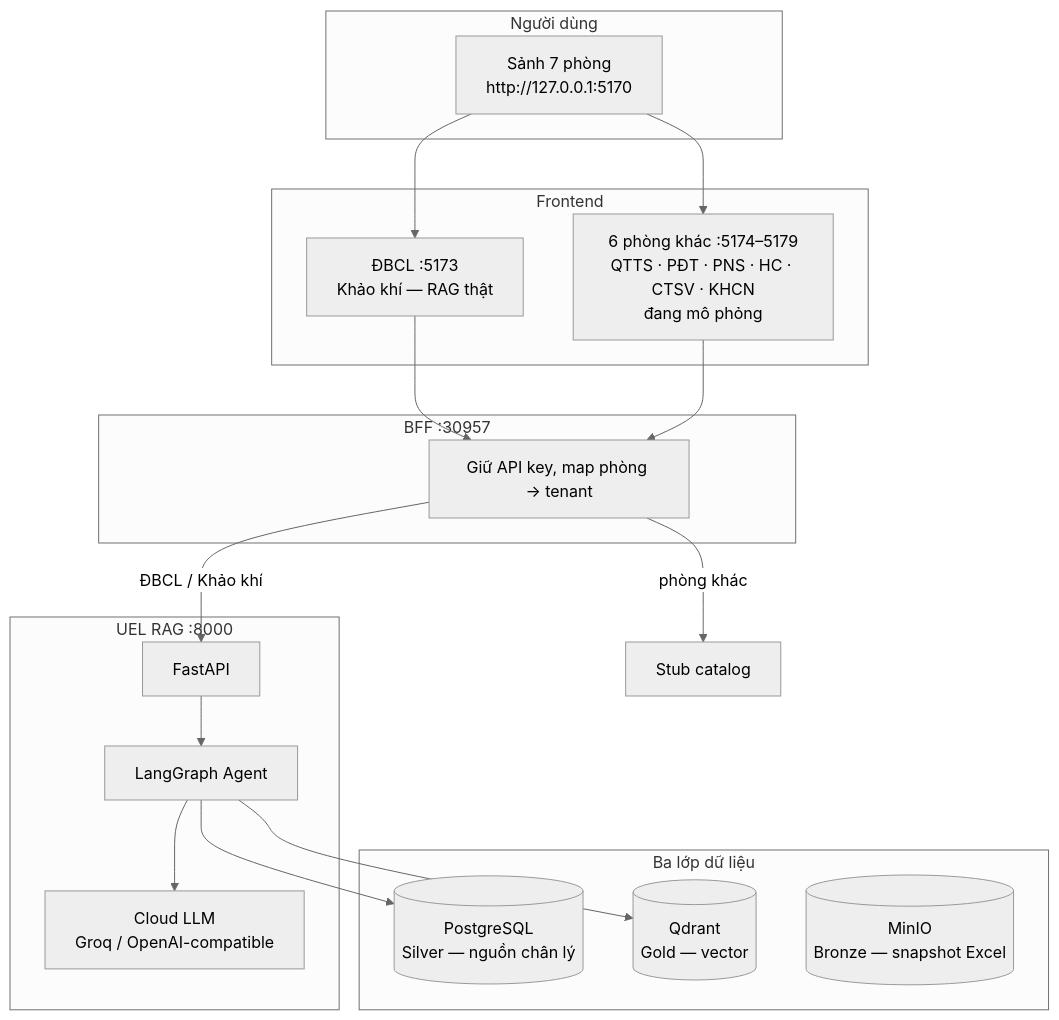
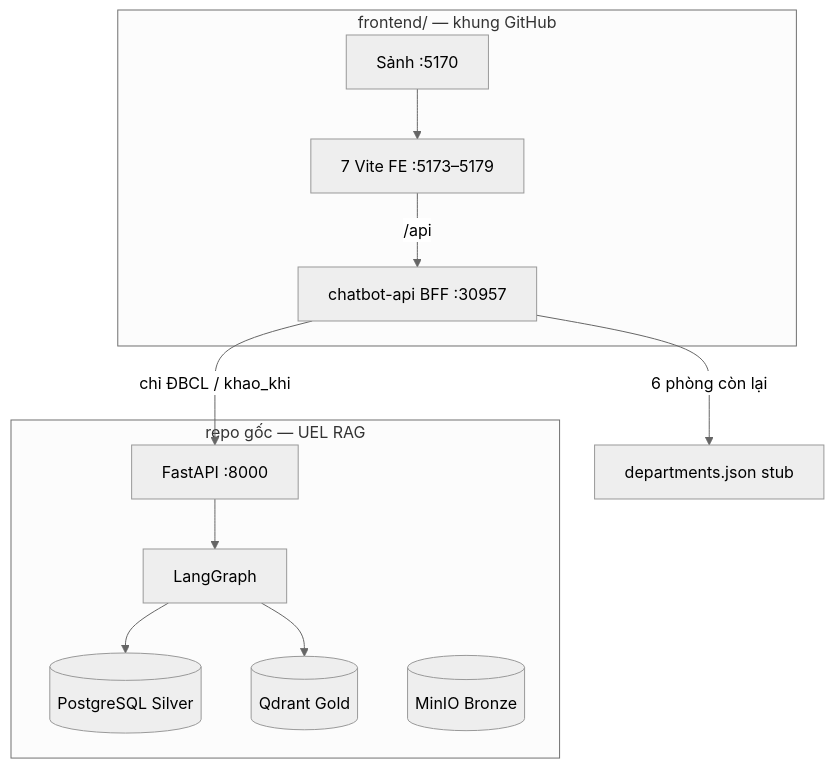
One commit to LeGiaVan/UEL-Innovation changed the second of 10 diagrams in PITCH.md. Above: the diagram before and after it, drawn with Mermaid (neutral theme). The commit also changed other lines of this file, not shown here.

````diff
--- a/PITCH.md
+++ b/PITCH.md
@@ -105,38 +51,24 @@
 ```mermaid
 flowchart TB
-  subgraph NguoiDung["Người dùng"]
-    WEB["Sảnh 7 phòng<br/>http://127.0.0.1:5170"]
+  subgraph FE["frontend/ — khung GitHub"]
+    Lounge["Sảnh :5170"]
+    Rooms["7 Vite FE :5173–5179"]
+    BFF["chatbot-api BFF :30957"]
   end
 
-  subgraph GiaoDien["Frontend"]
-    DBCL["ĐBCL :5173<br/>Khảo khí — RAG thật"]
-    STUB["6 phòng khác :5174–5179<br/>QTTS · PĐT · PNS · HC · CTSV · KHCN<br/>đang mô phỏng"]
+  subgraph RAG["repo gốc — UEL RAG"]
+    Fast["FastAPI :8000"]
+    Graph["LangGraph"]
+    PG[("PostgreSQL Silver")]
+    QD[("Qdrant Gold")]
+    MN[("MinIO Bronze")]
   end
 
-  subgraph BFF["BFF :30957"]
-    GATE["Giữ API key, map phòng → tenant"]
-  end
-
-  subgraph RAG["UEL RAG :8000"]
-    API["FastAPI"]
-    AG["LangGraph Agent"]
-    LLM["Cloud LLM<br/>Groq / OpenAI-compatible"]
-  end
-
-  subgraph Kho["Ba lớp dữ liệu"]
-    PG[("PostgreSQL<br/>Silver — nguồn chân lý")]
-    QD[("Qdrant<br/>Gold — vector")]
-    MN[("MinIO<br/>Bronze — snapshot Excel")]
-  end
-
-  WEB --> DBCL
-  WEB --> STUB
-  DBCL --> GATE
-  STUB --> GATE
-  GATE -->|"ĐBCL / Khảo khí"| API
-  GATE -->|"phòng khác"| STUBANS["Stub catalog"]
-  API --> AG
-  AG --> PG
-  AG --> QD
-  AG --> LLM
+  Lounge --> Rooms
+  Rooms -->|"/api"| BFF
+  BFF -->|"chỉ ĐBCL / khao_khi"| Fast
+  BFF -->|"6 phòng còn lại"| Stub["departments.json stub"]
+  Fast --> Graph
+  Graph --> PG
+  Graph --> QD
 ```
````
